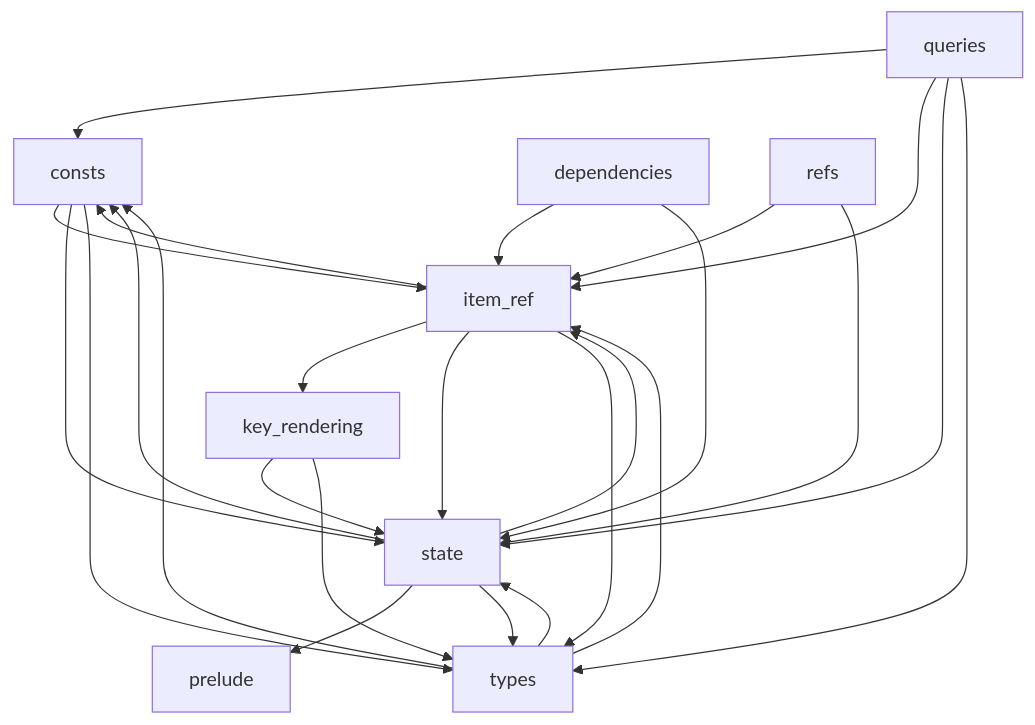
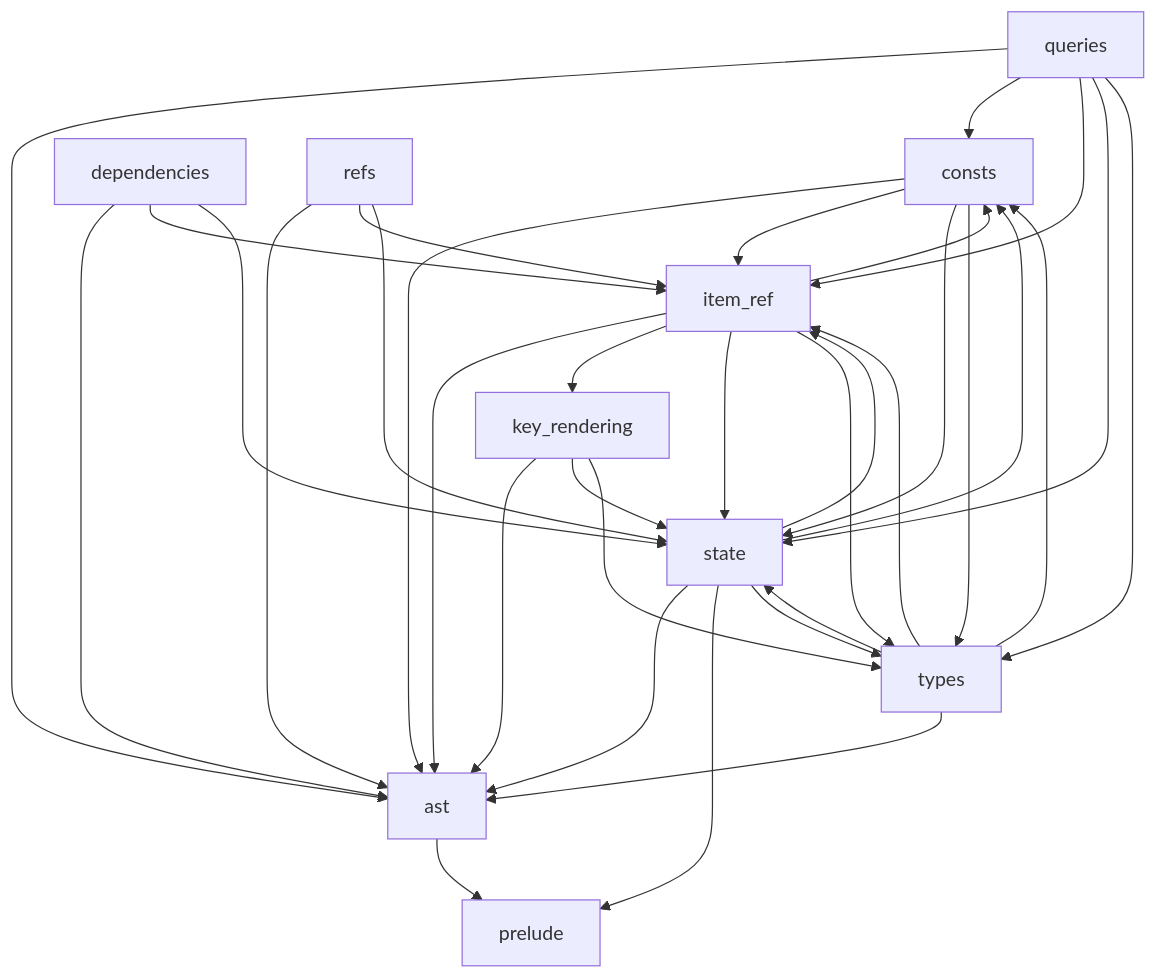
The third of 3 diagrams in doc/architecture.md (Nicolas-Ferre/gpex), drawn with Mermaid before and after one commit. The commit also changed other lines of this file and 65 other files, not shown here.

````diff
--- a/doc/architecture.md
+++ b/doc/architecture.md
@@ -82,27 +79,36 @@
 ```mermaid
 graph TD
+    ast --> prelude
+    consts --> ast
     consts --> item_ref
     consts --> state
     consts --> types
+    dependencies --> ast
     dependencies --> item_ref
     dependencies --> state
+    item_ref --> ast
     item_ref --> consts
     item_ref --> key_rendering
     item_ref --> state
     item_ref --> types
+    key_rendering --> ast
     key_rendering --> state
     key_rendering --> types
+    queries --> ast
     queries --> consts
     queries --> item_ref
     queries --> state
     queries --> types
+    refs --> ast
     refs --> item_ref
     refs --> state
+    state --> ast
     state --> consts
     state --> item_ref
     state --> prelude
     state --> types
+    types --> ast
     types --> consts
     types --> item_ref
     types --> state
 ```
````
